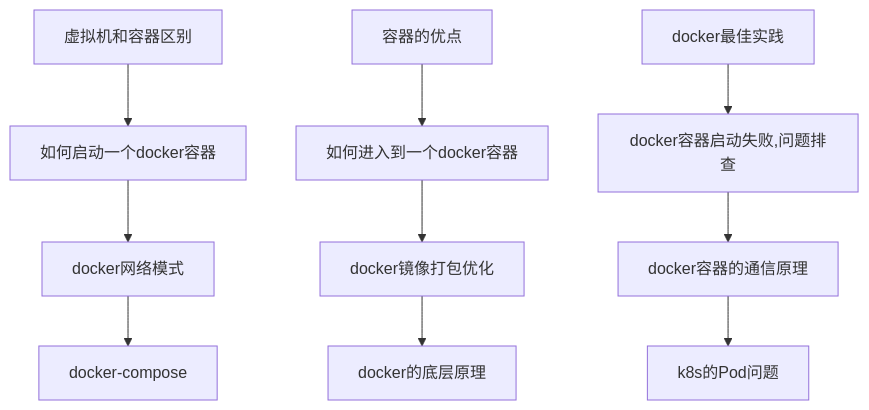
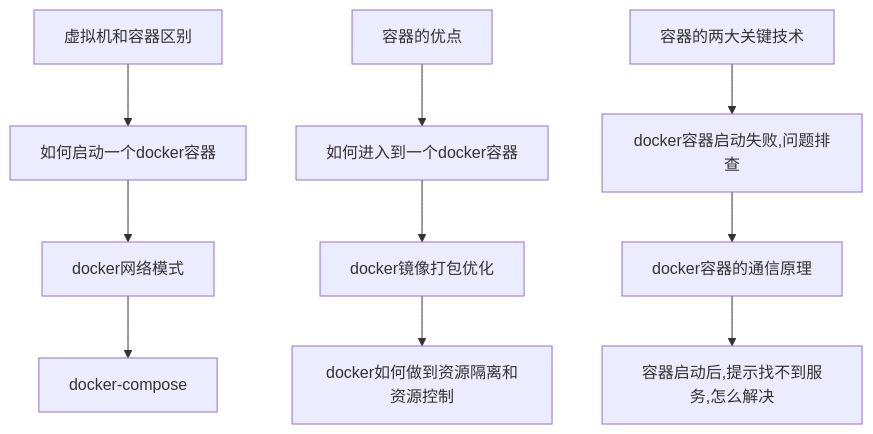
Before and after one commit to Roxas/article: diagram 12 of 13 in interview_flow.md, drawn with Mermaid. The commit also changed other lines of this file, not shown here.

Commit message:
update questions

````diff
--- a/interview_flow.md
+++ b/interview_flow.md
@@ -113,6 +113,6 @@
 ```mermaid
 graph TB
     a[虚拟机和容器区别] --> d[如何启动一个docker容器] --> g[docker网络模式] --> j[docker-compose]
-    b[容器的优点] --> e[如何进入到一个docker容器] --> h[docker镜像打包优化] --> k[docker的底层原理]
-    c[docker最佳实践] --> f[docker容器启动失败,问题排查] --> i[docker容器的通信原理] --> l[k8s的Pod问题]
+    b[容器的优点] --> e[如何进入到一个docker容器] --> h[docker镜像打包优化] --> k[docker如何做到资源隔离和资源控制]
+    c[容器的两大关键技术] --> f[docker容器启动失败,问题排查] --> i[docker容器的通信原理] --> l[容器启动后,提示找不到服务,怎么解决]
 ```
````
